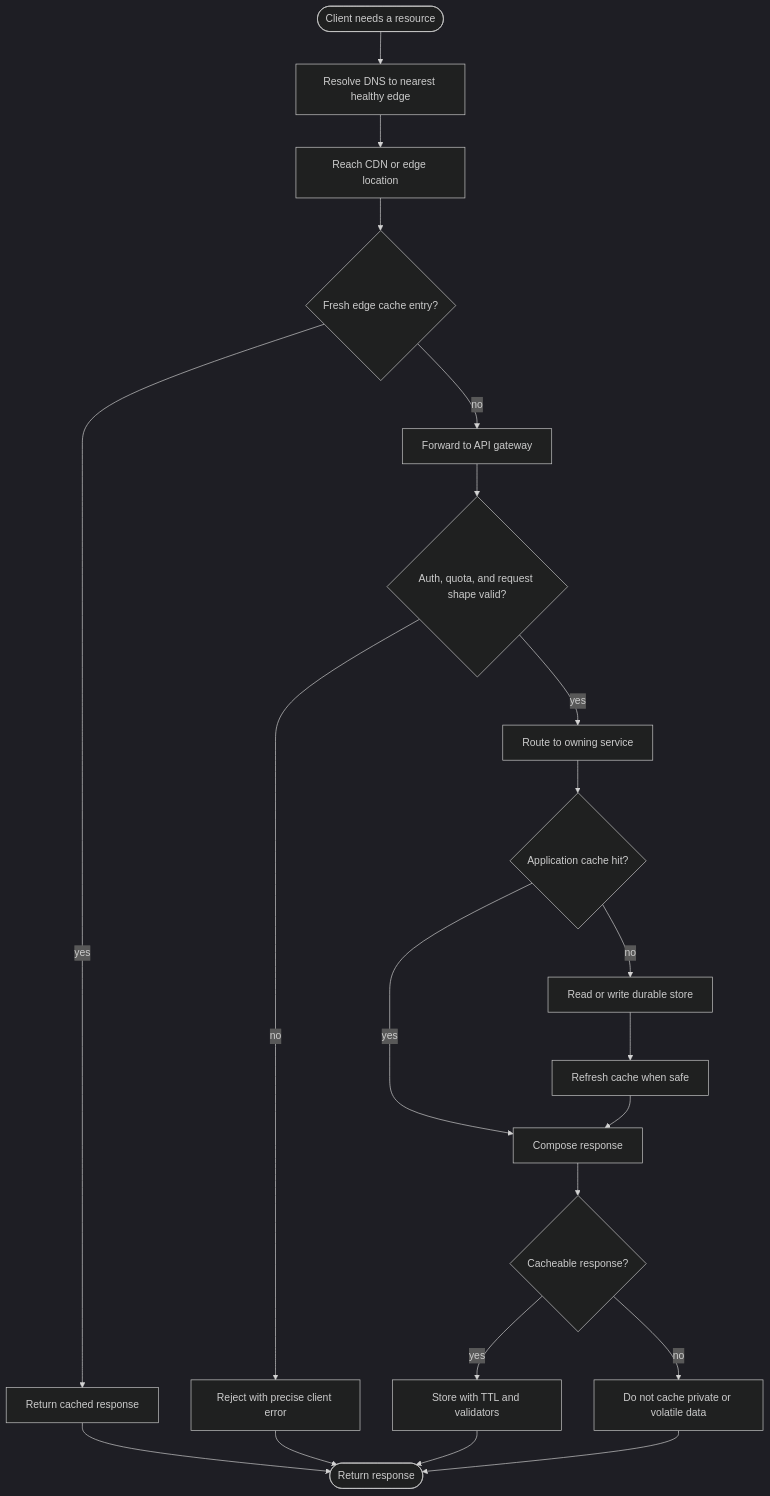
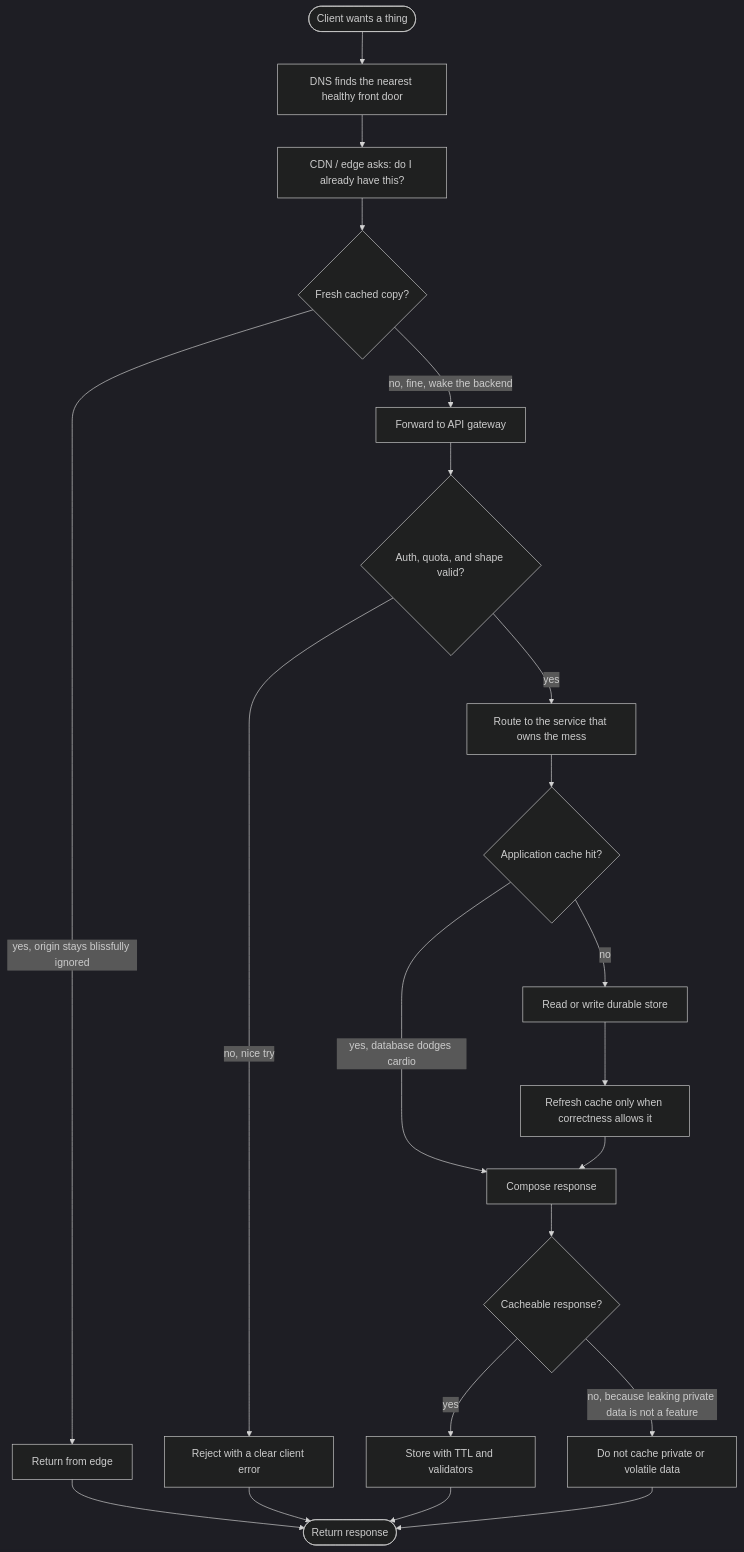
The third of 8 diagrams in src/ch03-request-path.md (P0W/System-Design), drawn with Mermaid (dark theme) before and after one commit. The commit also changed other lines of this file and 5 other files, not shown here.

Commit message:
Make diagram guidance more memorable

````diff
--- a/src/ch03-request-path.md
+++ b/src/ch03-request-path.md
@@ -51,23 +51,23 @@
 ```mermaid
 flowchart TD
-  Start([Client needs a resource]) --> Resolve[Resolve DNS to nearest healthy edge]
-  Resolve --> Edge[Reach CDN or edge location]
-  Edge --> CacheHit{Fresh edge cache entry?}
-  CacheHit -->|yes| EdgeReturn[Return cached response]
-  CacheHit -->|no| Gateway[Forward to API gateway]
-  Gateway --> FrontDoor{Auth, quota, and request shape valid?}
-  FrontDoor -->|no| Reject[Reject with precise client error]
-  FrontDoor -->|yes| Route[Route to owning service]
+  Start([Client wants a thing]) --> Resolve[DNS finds the nearest healthy front door]
+  Resolve --> Edge[CDN / edge asks: do I already have this?]
+  Edge --> CacheHit{Fresh cached copy?}
+  CacheHit -->|yes, origin stays blissfully ignored| EdgeReturn[Return from edge]
+  CacheHit -->|no, fine, wake the backend| Gateway[Forward to API gateway]
+  Gateway --> FrontDoor{Auth, quota, and shape valid?}
+  FrontDoor -->|no, nice try| Reject[Reject with a clear client error]
+  FrontDoor -->|yes| Route[Route to the service that owns the mess]
   Route --> AppCache{Application cache hit?}
-  AppCache -->|yes| Compose[Compose response]
+  AppCache -->|yes, database dodges cardio| Compose[Compose response]
   AppCache -->|no| Store[Read or write durable store]
-  Store --> Refresh[Refresh cache when safe]
+  Store --> Refresh[Refresh cache only when correctness allows it]
   Refresh --> Compose
   Compose --> EdgePolicy{Cacheable response?}
   EdgePolicy -->|yes| UpdateEdge[Store with TTL and validators]
-  EdgePolicy -->|no| NoStore[Do not cache private or volatile data]
+  EdgePolicy -->|no, because leaking private data is not a feature| NoStore[Do not cache private or volatile data]
   UpdateEdge --> Return([Return response])
   NoStore --> Return
   EdgeReturn --> Return
   Reject --> Return
 ```
````
